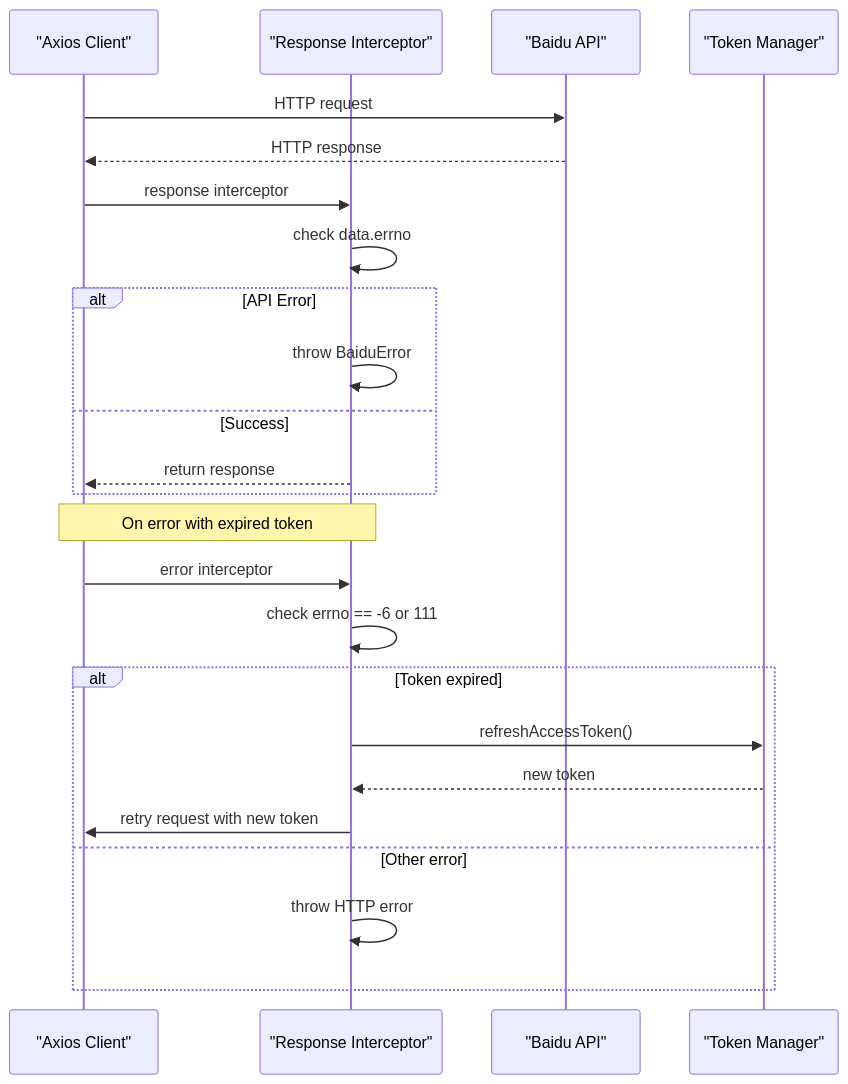
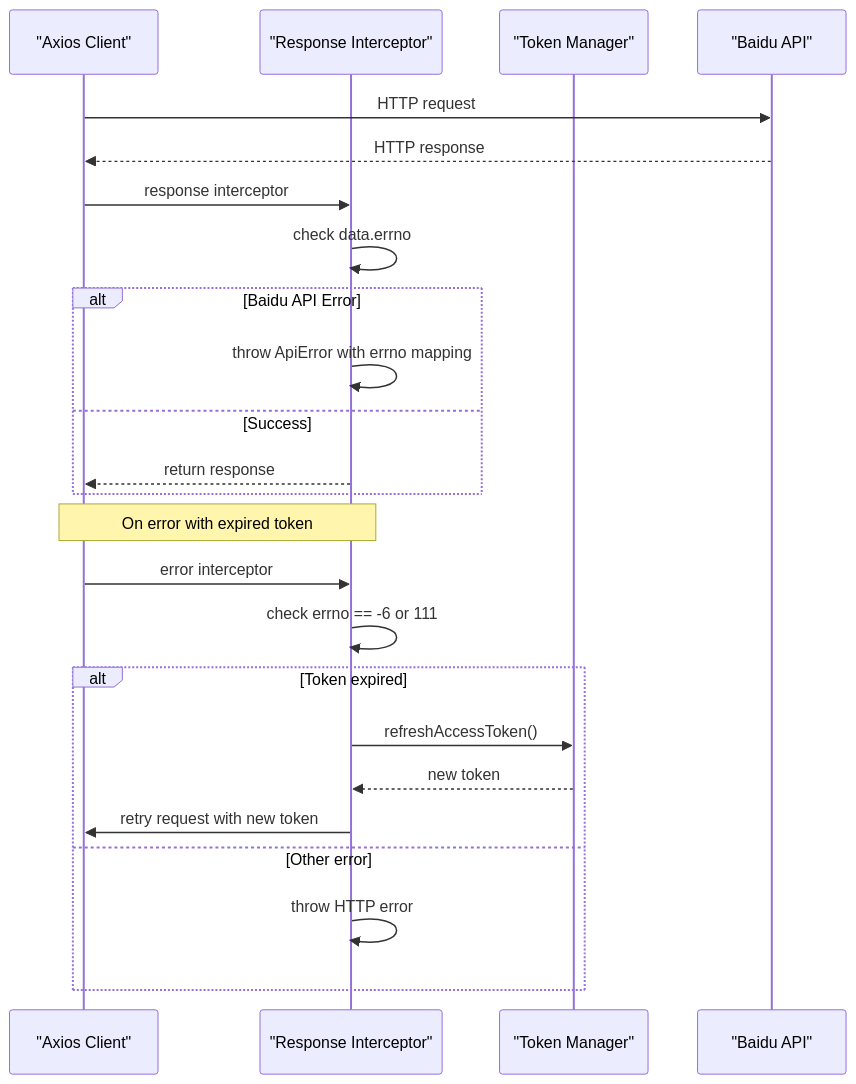
One commit to yuexiaoliang/baiduwangpan-manager changed the eighth of 11 diagrams in .qoder/repowiki/en/content/API Integration/HTTP Client Architecture.md. Above: the diagram before and after it, drawn with Mermaid. The commit also changed other lines of this file and 30 other files, not shown here.

````diff
--- a/.qoder/repowiki/en/content/API Integration/HTTP Client Architecture.md
+++ b/.qoder/repowiki/en/content/API Integration/HTTP Client Architecture.md
@@ -262,26 +392,26 @@
 ```mermaid
 sequenceDiagram
 participant Client as "Axios Client"
 participant ResponseInt as "Response Interceptor"
+participant TokenMgr as "Token Manager"
 participant API as "Baidu API"
-participant TokenMgr as "Token Manager"
 Client->>API : HTTP request
 API-->>Client : HTTP response
 Client->>ResponseInt : response interceptor
 ResponseInt->>ResponseInt : check data.errno
-alt API Error
-ResponseInt->>ResponseInt : throw BaiduError
+alt Baidu API Error
+ResponseInt->>ResponseInt : throw ApiError with errno mapping
 else Success
 ResponseInt-->>Client : return response
 end
 Note over Client,ResponseInt : On error with expired token
 Client->>ResponseInt : error interceptor
 ResponseInt->>ResponseInt : check errno == -6 or 111
 alt Token expired
 ResponseInt->>TokenMgr : refreshAccessToken()
 TokenMgr-->>ResponseInt : new token
 ResponseInt->>Client : retry request with new token
 else Other error
 ResponseInt->>ResponseInt : throw HTTP error
 end
 ```
````
